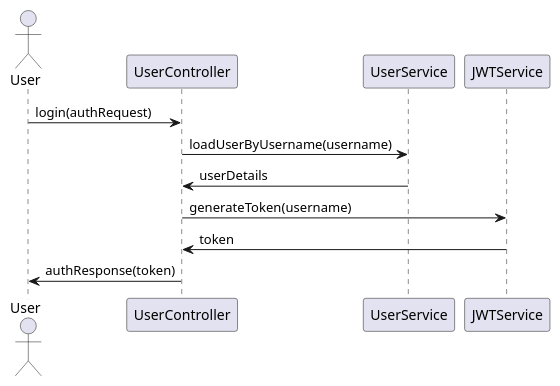
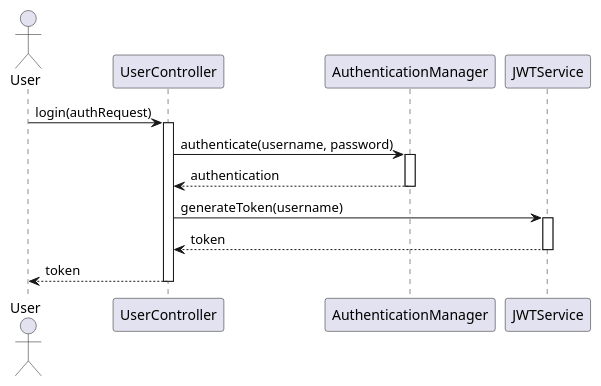
One commit to Dinesh-s95/AutoDoc.ai changed the second of 5 diagrams in identityprovider/documentation/detaileddesign.adoc. Above: the diagram before and after it, drawn with PlantUML. The commit also changed other lines of this file and 2 other files, not shown here.

````diff
--- a/identityprovider/documentation/detaileddesign.adoc
+++ b/identityprovider/documentation/detaileddesign.adoc
@@ -192,15 +207,22 @@
-```plantuml
+[plantuml, authentication-sequence, png]
+----
 @startuml
-actor "User" as user
-participant "UserController" as controller
-participant "UserService" as service
-participant "JWTService" as jwt
+actor User
+participant UserController
+participant AuthenticationManager
+participant JWTService
 
-user -> controller : login(authRequest)
-controller -> service : loadUserByUsername(username)
-service -> controller : userDetails
-controller -> jwt : generateToken(username)
-jwt -> controller : token
-controller -> user : authResponse(token)
+User -> UserController : login(authRequest)
+activate UserController
+UserController -> AuthenticationManager : authenticate(username, password)
+activate AuthenticationManager
+AuthenticationManager --> UserController : authentication
+deactivate AuthenticationManager
+UserController -> JWTService : generateToken(username)
+activate JWTService
+JWTService --> UserController : token
+deactivate JWTService
+UserController --> User : token
+deactivate UserController
 @enduml
-```
+----
````
